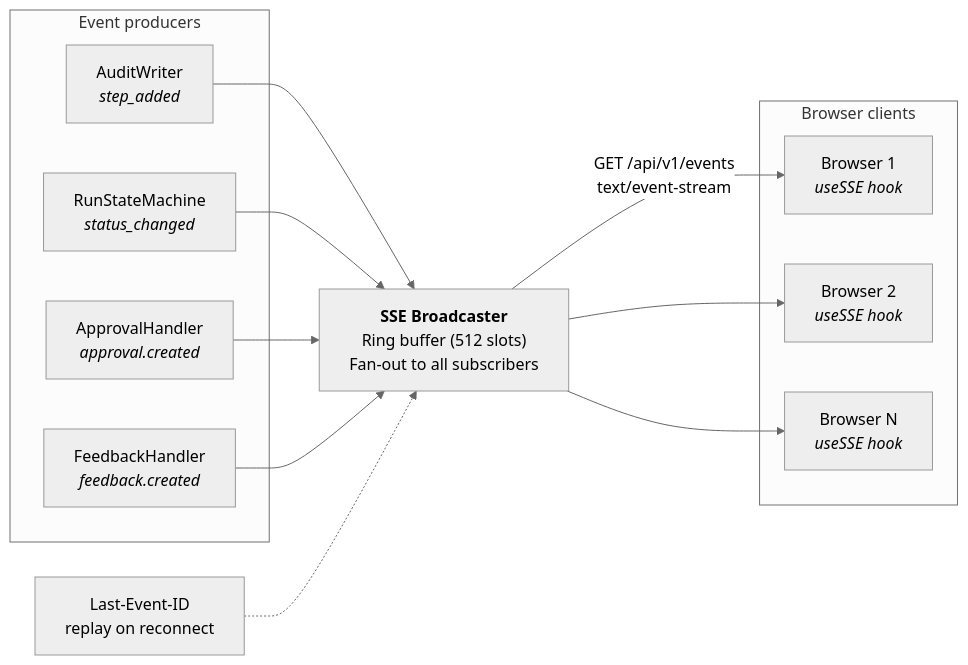
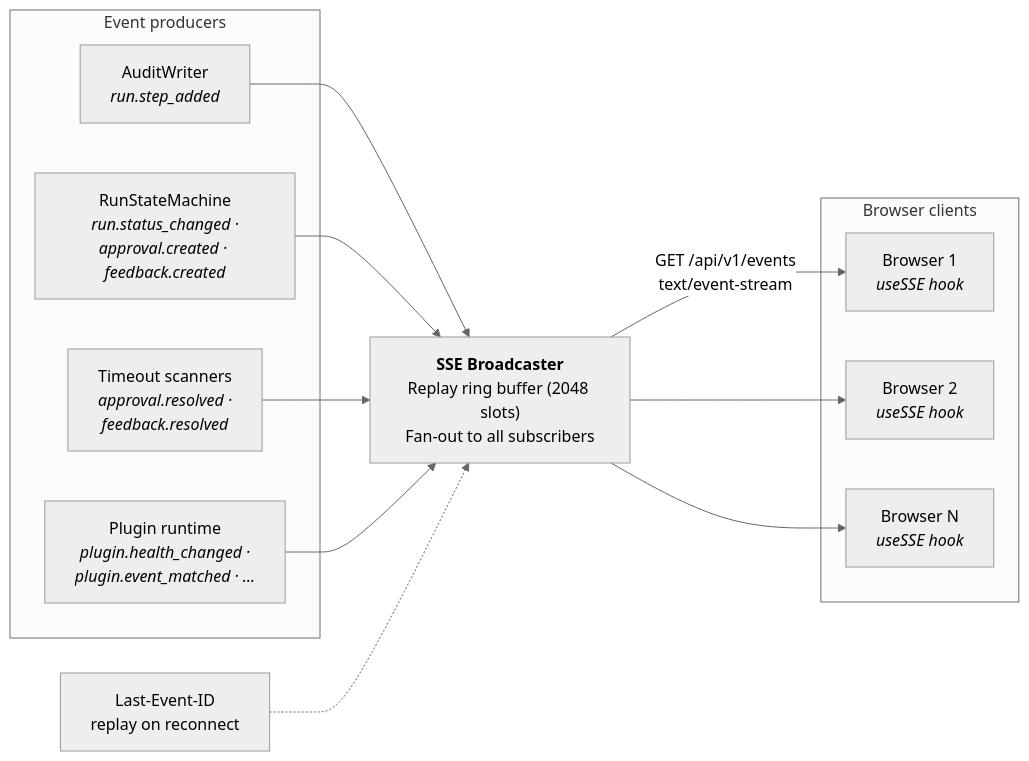
One commit to Felag-Engineering/gleipnir changed the diagram in docs/developer/diagrams/realtime-events.md. Above: the diagram before and after it, drawn with Mermaid (neutral theme). The commit also changed 37 other files, not shown here.

First line of the commit message:
docs: v1.1.0 GA documentation audit — verify all docs against shipped code

````diff
--- a/docs/developer/diagrams/realtime-events.md
+++ b/docs/developer/diagrams/realtime-events.md
@@ -5,28 +5,28 @@
 ```mermaid
 graph LR
     subgraph producers["Event producers"]
-        AW["AuditWriter<br/><i>step_added</i>"]
-        SM["RunStateMachine<br/><i>status_changed</i>"]
-        AH["ApprovalHandler<br/><i>approval.created</i>"]
-        FH["FeedbackHandler<br/><i>feedback.created</i>"]
+        AW["AuditWriter<br/><i>run.step_added</i>"]
+        SM["RunStateMachine<br/><i>run.status_changed ·<br/>approval.created · feedback.created</i>"]
+        SCAN["Timeout scanners<br/><i>approval.resolved ·<br/>feedback.resolved</i>"]
+        PLG["Plugin runtime<br/><i>plugin.health_changed ·<br/>plugin.event_matched · …</i>"]
     end
 
-    BROADCASTER["<b>SSE Broadcaster</b><br/>Ring buffer (512 slots)<br/>Fan-out to all subscribers"]
+    BROADCASTER["<b>SSE Broadcaster</b><br/>Replay ring buffer (2048 slots)<br/>Fan-out to all subscribers"]
 
     subgraph consumers["Browser clients"]
         B1["Browser 1<br/><i>useSSE hook</i>"]
         B2["Browser 2<br/><i>useSSE hook</i>"]
         BN["Browser N<br/><i>useSSE hook</i>"]
     end
 
     AW --> BROADCASTER
     SM --> BROADCASTER
-    AH --> BROADCASTER
-    FH --> BROADCASTER
+    SCAN --> BROADCASTER
+    PLG --> BROADCASTER
 
     BROADCASTER -->|"GET /api/v1/events<br/>text/event-stream"| B1
     BROADCASTER --> B2
     BROADCASTER --> BN
 
     RECONNECT["Last-Event-ID<br/>replay on reconnect"] -.-> BROADCASTER
 ```
````
